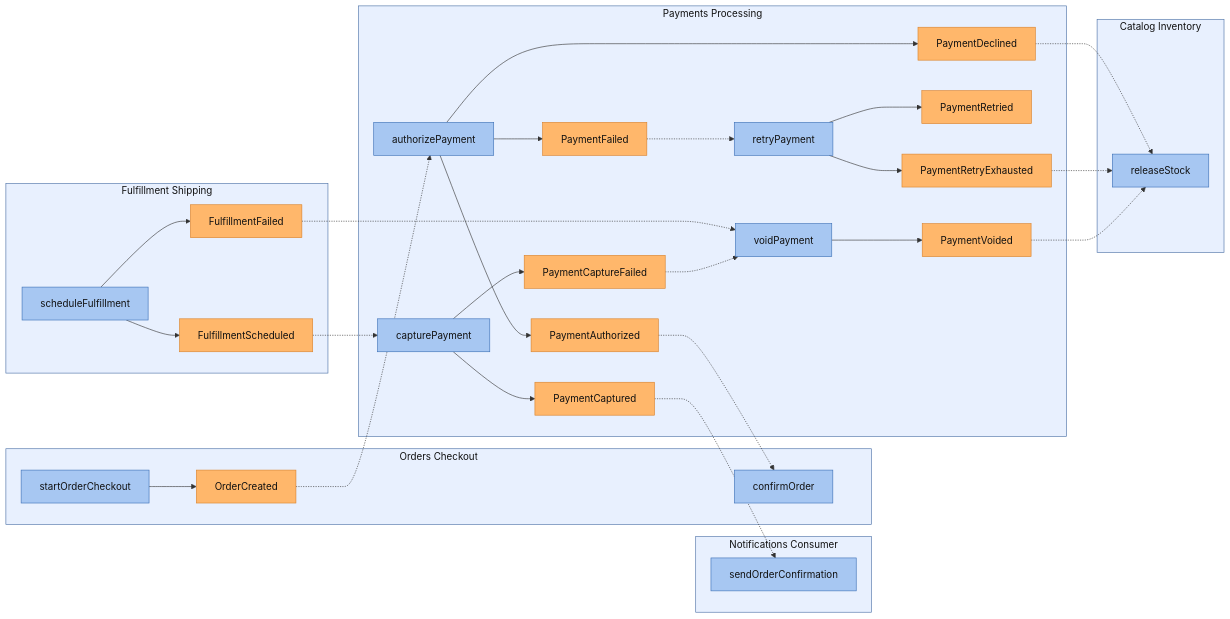
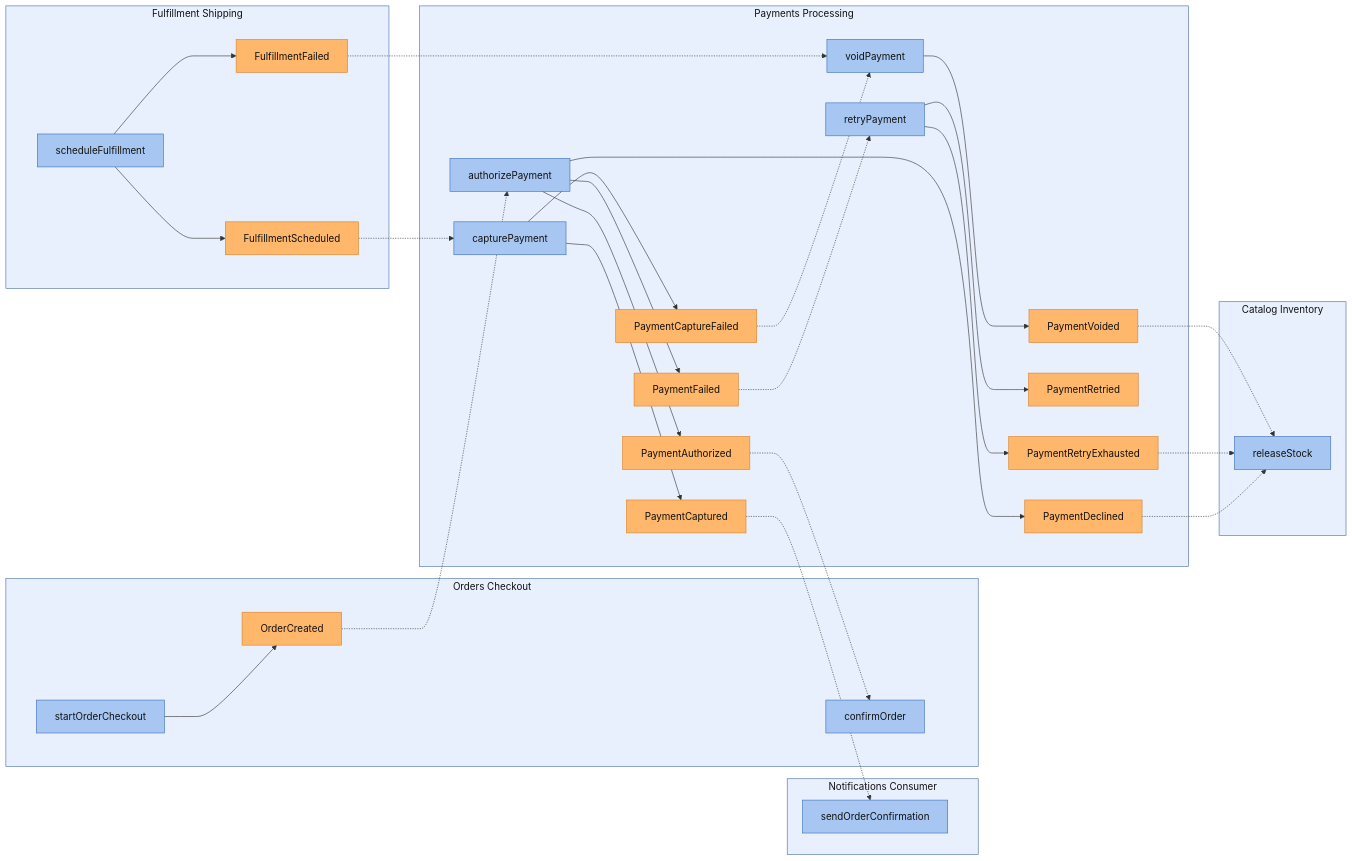
Before and after one commit to ZenWave360/dsl-kotlin: the first of 4 diagrams in dsl-docs/src/commonTest/resources/snapshots/arcadia-modulith/modules/payments-processing.md, drawn with Mermaid. The commit also changed other lines of this file and 21 other files, not shown here.

Commit message:
feat(views): event class diagrams, light class diagram styling, command adapters

```diff
--- a/dsl-docs/src/commonTest/resources/snapshots/arcadia-modulith/modules/payments-processing.md
+++ b/dsl-docs/src/commonTest/resources/snapshots/arcadia-modulith/modules/payments-processing.md
@@ -24,9 +24,13 @@
   end
 
   subgraph sg_FulfillmentShipping["Fulfillment Shipping"]
-    FulfillmentShipping__FulfillmentShippingService__scheduleFulfillment["scheduleFulfillment"]
-    FulfillmentShipping__FulfillmentFailed["FulfillmentFailed"]
-    FulfillmentShipping__FulfillmentScheduled["FulfillmentScheduled"]
+    subgraph sg_FulfillmentShipping_cmd[" "]
+      FulfillmentShipping__FulfillmentShippingService__scheduleFulfillment["scheduleFulfillment"]
+    end
+    subgraph sg_FulfillmentShipping_evt[" "]
+      FulfillmentShipping__FulfillmentFailed["FulfillmentFailed"]
+      FulfillmentShipping__FulfillmentScheduled["FulfillmentScheduled"]
+    end
   end
 
   subgraph sg_NotificationsConsumer["Notifications Consumer"]
@@ -34,29 +38,43 @@
   end
 
   subgraph sg_OrdersCheckout["Orders Checkout"]
-    OrdersCheckout__OrdersCheckoutService__startOrderCheckout["startOrderCheckout"]
-    OrdersCheckout__OrdersCheckoutService__confirmOrder["confirmOrder"]
-    OrdersCheckout__OrderCreated["OrderCreated"]
+    subgraph sg_OrdersCheckout_cmd[" "]
+      OrdersCheckout__OrdersCheckoutService__startOrderCheckout["startOrderCheckout"]
+      OrdersCheckout__OrdersCheckoutService__confirmOrder["confirmOrder"]
+    end
+    subgraph sg_OrdersCheckout_evt[" "]
+      OrdersCheckout__OrderCreated["OrderCreated"]
+    end
   end
 
   subgraph sg_PaymentsProcessing["Payments Processing"]
-    PaymentsProcessing__PaymentsProcessingService__authorizePayment["authorizePayment"]
-    PaymentsProcessing__PaymentsProcessingService__retryPayment["retryPayment"]
-    PaymentsProcessing__PaymentsProcessingService__capturePayment["capturePayment"]
-    PaymentsProcessing__PaymentsProcessingService__voidPayment["voidPayment"]
-    PaymentsProcessing__PaymentAuthorized["PaymentAuthorized"]
-    PaymentsProcessing__PaymentCaptureFailed["PaymentCaptureFailed"]
-    PaymentsProcessing__PaymentCaptured["PaymentCaptured"]
-    PaymentsProcessing__PaymentDeclined["PaymentDeclined"]
-    PaymentsProcessing__PaymentFailed["PaymentFailed"]
-    PaymentsProcessing__PaymentRetried["PaymentRetried"]
-    PaymentsProcessing__PaymentRetryExhausted["PaymentRetryExhausted"]
-    PaymentsProcessing__PaymentVoided["PaymentVoided"]
+    subgraph sg_PaymentsProcessing_cmd[" "]
+      PaymentsProcessing__PaymentsProcessingService__authorizePayment["authorizePayment"]
+      PaymentsProcessing__PaymentsProcessingService__retryPayment["retryPayment"]
+      PaymentsProcessing__PaymentsProcessingService__capturePayment["capturePayment"]
+      PaymentsProcessing__PaymentsProcessingService__voidPayment["voidPayment"]
+    end
+    subgraph sg_PaymentsProcessing_evt[" "]
+      PaymentsProcessing__PaymentAuthorized["PaymentAuthorized"]
+      PaymentsProcessing__PaymentCaptureFailed["PaymentCaptureFailed"]
+      PaymentsProcessing__PaymentCaptured["PaymentCaptured"]
+      PaymentsProcessing__PaymentDeclined["PaymentDeclined"]
+      PaymentsProcessing__PaymentFailed["PaymentFailed"]
+      PaymentsProcessing__PaymentRetried["PaymentRetried"]
+      PaymentsProcessing__PaymentRetryExhausted["PaymentRetryExhausted"]
+      PaymentsProcessing__PaymentVoided["PaymentVoided"]
+    end
   end
 
   class sg_CatalogInventory,sg_FulfillmentShipping,sg_NotificationsConsumer,sg_OrdersCheckout,sg_PaymentsProcessing module
   class CatalogInventory__InventoryService__releaseStock,FulfillmentShipping__FulfillmentShippingService__scheduleFulfillment,NotificationsConsumer__NotificationsConsumerService__sendOrderConfirmation,OrdersCheckout__OrdersCheckoutService__confirmOrder,OrdersCheckout__OrdersCheckoutService__startOrderCheckout,PaymentsProcessing__PaymentsProcessingService__authorizePayment,PaymentsProcessing__PaymentsProcessingService__capturePayment,PaymentsProcessing__PaymentsProcessingService__retryPayment,PaymentsProcessing__PaymentsProcessingService__voidPayment command
   class FulfillmentShipping__FulfillmentFailed,FulfillmentShipping__FulfillmentScheduled,OrdersCheckout__OrderCreated,PaymentsProcessing__PaymentAuthorized,PaymentsProcessing__PaymentCaptureFailed,PaymentsProcessing__PaymentCaptured,PaymentsProcessing__PaymentDeclined,PaymentsProcessing__PaymentFailed,PaymentsProcessing__PaymentRetried,PaymentsProcessing__PaymentRetryExhausted,PaymentsProcessing__PaymentVoided event
+  style sg_FulfillmentShipping_cmd fill:none,stroke:none
+  style sg_FulfillmentShipping_evt fill:none,stroke:none
+  style sg_OrdersCheckout_cmd fill:none,stroke:none
+  style sg_OrdersCheckout_evt fill:none,stroke:none
+  style sg_PaymentsProcessing_cmd fill:none,stroke:none
+  style sg_PaymentsProcessing_evt fill:none,stroke:none
 
   FulfillmentShipping__FulfillmentShippingService__scheduleFulfillment --> FulfillmentShipping__FulfillmentFailed
   FulfillmentShipping__FulfillmentShippingService__scheduleFulfillment --> FulfillmentShipping__FulfillmentScheduled
```
